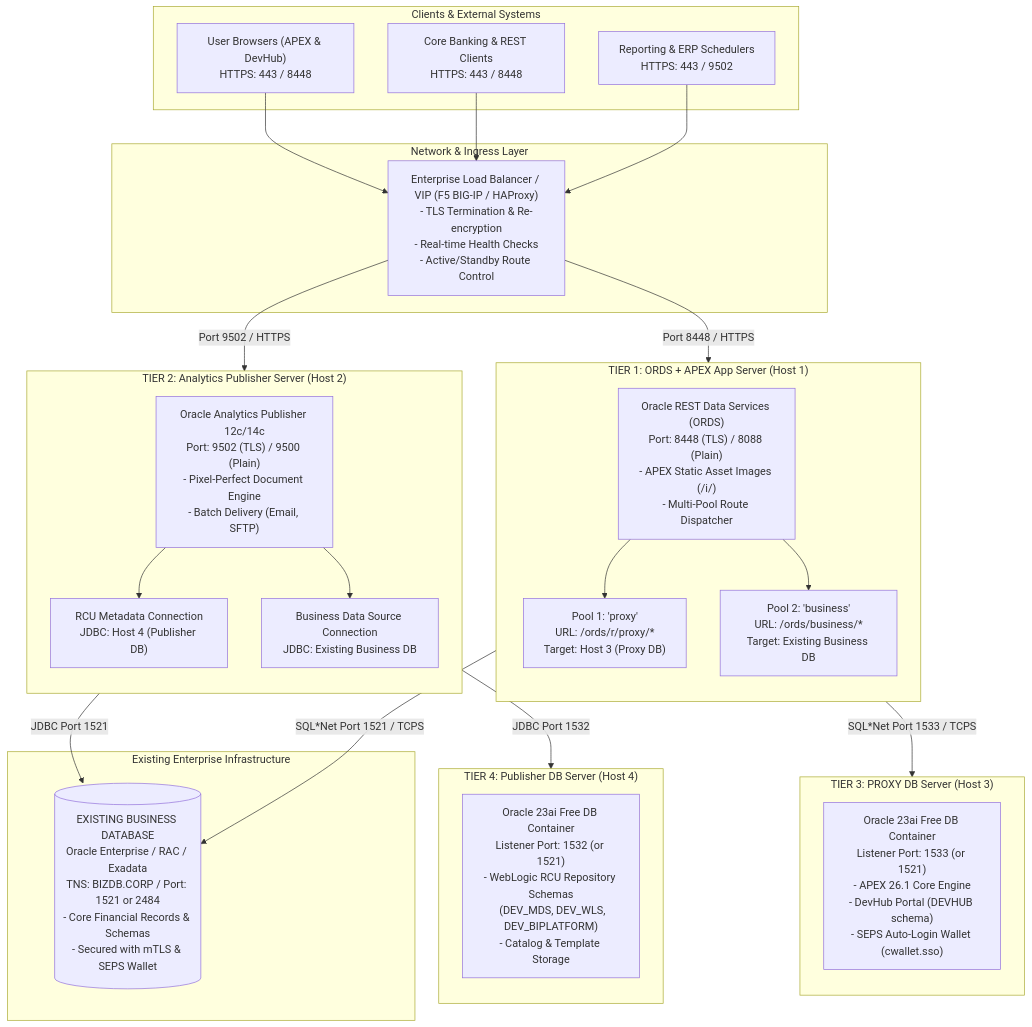
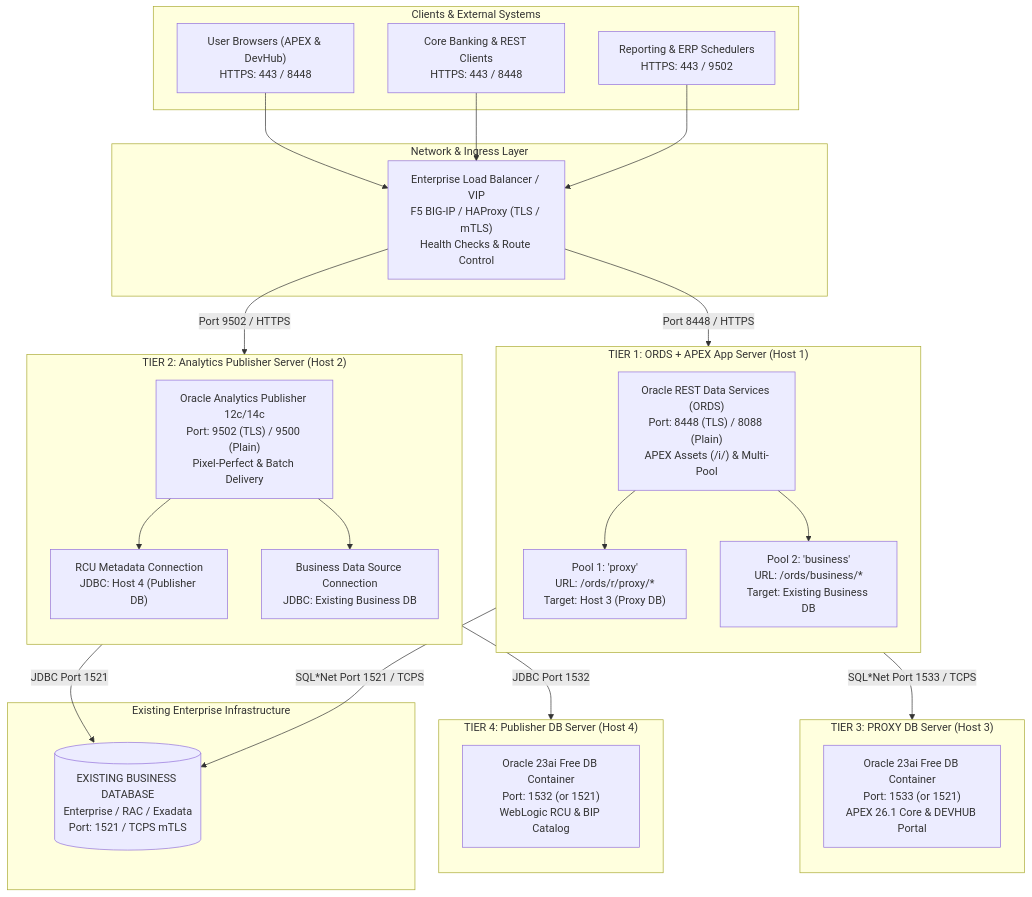
One commit to alahe/oracle-devops-platform changed the first of 2 diagrams in docs/enterprise-distributed-architecture.md. Above: the diagram before and after it, drawn with Mermaid. The commit also changed 412 other files, not shown here.

Commit message:
feat: publisher suite, devhub search & 6-lang i18n categories, ai skills, and accessibility compliance

````diff
--- a/docs/enterprise-distributed-architecture.md
+++ b/docs/enterprise-distributed-architecture.md
@@ -22,57 +22,57 @@
 ```mermaid
 flowchart TB
     subgraph Clients ["Clients & External Systems"]
         Browser["User Browsers (APEX & DevHub)<br/>HTTPS: 443 / 8448"]
         ApiClients["Core Banking & REST Clients<br/>HTTPS: 443 / 8448"]
         ReportClients["Reporting & ERP Schedulers<br/>HTTPS: 443 / 9502"]
     end
 
     subgraph Ingress ["Network & Ingress Layer"]
-        F5_VIP["Enterprise Load Balancer / VIP (F5 BIG-IP / HAProxy)<br/>- TLS Termination & Re-encryption<br/>- Real-time Health Checks<br/>- Active/Standby Route Control"]
+        F5_VIP["Enterprise Load Balancer / VIP<br/>F5 BIG-IP / HAProxy (TLS / mTLS)<br/>Health Checks & Route Control"]
     end
 
     subgraph Tier1 ["TIER 1: ORDS + APEX App Server (Host 1)"]
         direction TB
-        ORDS_SRV["Oracle REST Data Services (ORDS)<br/>Port: 8448 (TLS) / 8088 (Plain)<br/>- APEX Static Asset Images (/i/)<br/>- Multi-Pool Route Dispatcher"]
+        ORDS_SRV["Oracle REST Data Services (ORDS)<br/>Port: 8448 (TLS) / 8088 (Plain)<br/>APEX Assets (/i/) & Multi-Pool"]
         POOL_PROXY["Pool 1: 'proxy'<br/>URL: /ords/r/proxy/*<br/>Target: Host 3 (Proxy DB)"]
         POOL_BIZ["Pool 2: 'business'<br/>URL: /ords/business/*<br/>Target: Existing Business DB"]
         ORDS_SRV --> POOL_PROXY
         ORDS_SRV --> POOL_BIZ
     end
 
     subgraph Tier2 ["TIER 2: Analytics Publisher Server (Host 2)"]
         direction TB
-        PUB_SRV["Oracle Analytics Publisher 12c/14c<br/>Port: 9502 (TLS) / 9500 (Plain)<br/>- Pixel-Perfect Document Engine<br/>- Batch Delivery (Email, SFTP)"]
+        PUB_SRV["Oracle Analytics Publisher 12c/14c<br/>Port: 9502 (TLS) / 9500 (Plain)<br/>Pixel-Perfect & Batch Delivery"]
         PUB_RCU_CONN["RCU Metadata Connection<br/>JDBC: Host 4 (Publisher DB)"]
         PUB_BIZ_CONN["Business Data Source Connection<br/>JDBC: Existing Business DB"]
         PUB_SRV --> PUB_RCU_CONN
         PUB_SRV --> PUB_BIZ_CONN
     end
 
     subgraph Tier3 ["TIER 3: PROXY DB Server (Host 3)"]
         direction TB
-        DB_PROXY["Oracle 23ai Free DB Container<br/>Listener Port: 1533 (or 1521)<br/>- APEX 26.1 Core Engine<br/>- DevHub Portal (DEVHUB schema)<br/>- SEPS Auto-Login Wallet (cwallet.sso)"]
+        DB_PROXY["Oracle 23ai Free DB Container<br/>Port: 1533 (or 1521)<br/>APEX 26.1 Core & DEVHUB Portal"]
     end
 
     subgraph Tier4 ["TIER 4: Publisher DB Server (Host 4)"]
         direction TB
-        DB_PUB["Oracle 23ai Free DB Container<br/>Listener Port: 1532 (or 1521)<br/>- WebLogic RCU Repository Schemas<br/>  (DEV_MDS, DEV_WLS, DEV_BIPLATFORM)<br/>- Catalog & Template Storage"]
+        DB_PUB["Oracle 23ai Free DB Container<br/>Port: 1532 (or 1521)<br/>WebLogic RCU & BIP Catalog"]
     end
 
     subgraph ExternalDB ["Existing Enterprise Infrastructure"]
-        BIZ_DB[("EXISTING BUSINESS DATABASE<br/>Oracle Enterprise / RAC / Exadata<br/>TNS: BIZDB.CORP / Port: 1521 or 2484<br/>- Core Financial Records & Schemas<br/>- Secured with mTLS & SEPS Wallet")]
+        BIZ_DB[("EXISTING BUSINESS DATABASE<br/>Enterprise / RAC / Exadata<br/>Port: 1521 / TCPS mTLS")]
     end
 
     Browser --> F5_VIP
     ApiClients --> F5_VIP
     ReportClients --> F5_VIP
 
     F5_VIP -->|Port 8448 / HTTPS| ORDS_SRV
     F5_VIP -->|Port 9502 / HTTPS| PUB_SRV
 
     POOL_PROXY -->|SQL*Net Port 1533 / TCPS| DB_PROXY
     POOL_BIZ -->|SQL*Net Port 1521 / TCPS| BIZ_DB
 
     PUB_RCU_CONN -->|JDBC Port 1532| DB_PUB
     PUB_BIZ_CONN -->|JDBC Port 1521| BIZ_DB
 ```
````
